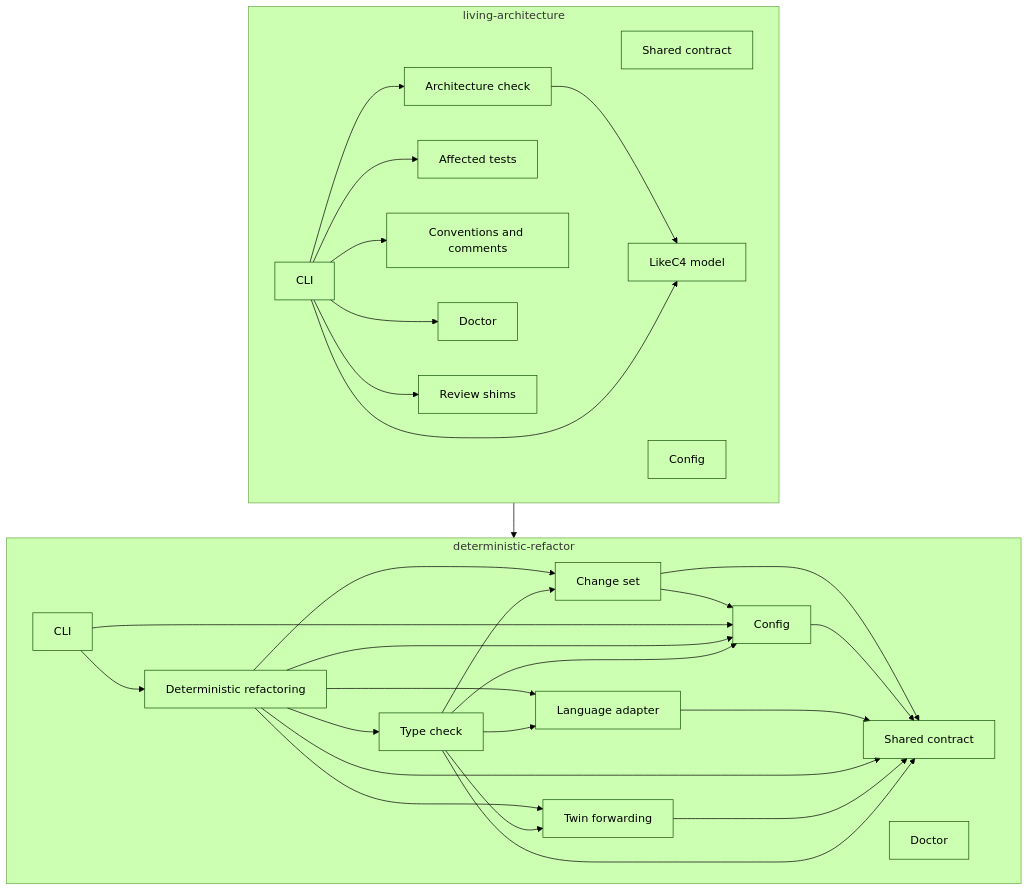
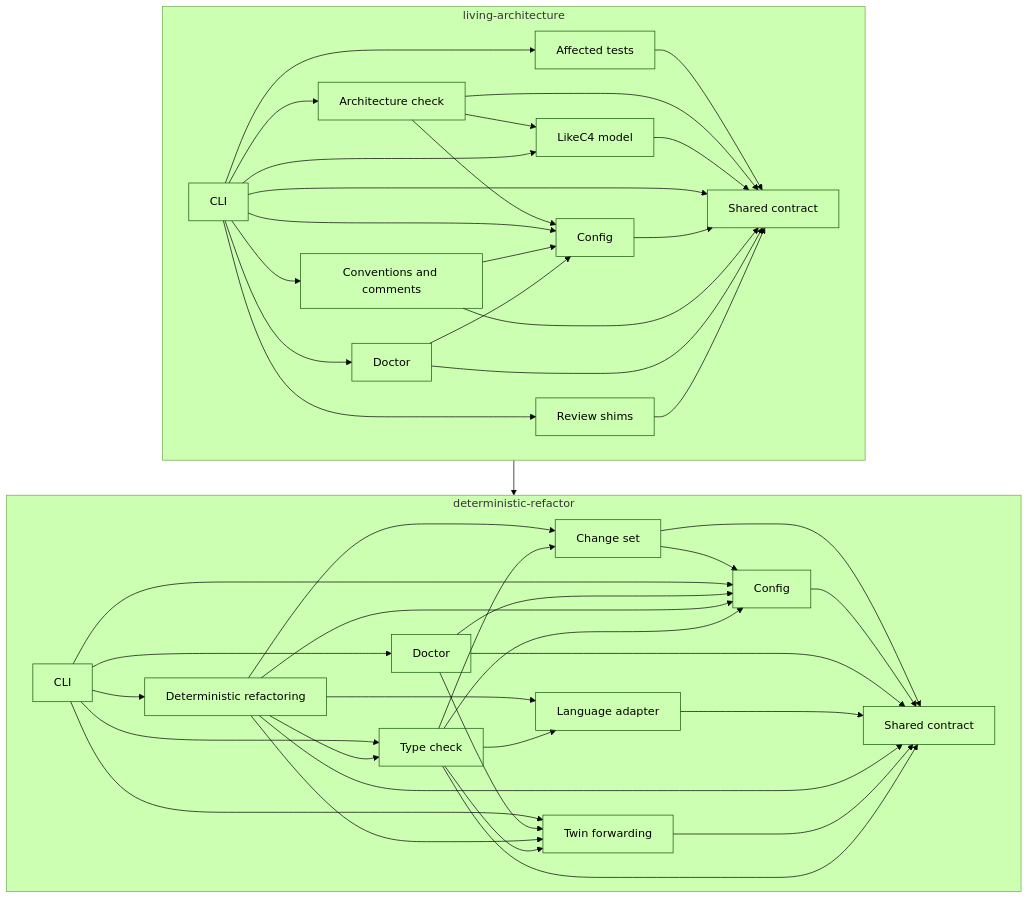
Before and after one commit to MotleyAI/living-architecture: the first of 2 diagrams in architecture/system.arc42.md, drawn with Mermaid (forest theme). The commit also changed other lines of this file and 345 other files, not shown here.

````diff
--- a/architecture/system.arc42.md
+++ b/architecture/system.arc42.md
@@ -15,54 +15,72 @@
 ```mermaid
 flowchart TD
   %% system: Living-architecture commands
   subgraph dr["deterministic-refactor"]
     dr__contract["Shared contract"]
     dr__config["Config"]
     dr__lang["Language adapter"]
     dr__twin["Twin forwarding"]
     dr__changes["Change set"]
     dr__typecheck["Type check"]
     dr__refactor["Deterministic refactoring"]
     dr__doctor["Doctor"]
     dr__cli["CLI"]
   end
   subgraph la["living-architecture"]
     la__contract["Shared contract"]
     la__config["Config"]
     la__cli["CLI"]
     la__c4["LikeC4 model"]
     la__archcheck["Architecture check"]
     la__conventions["Conventions and comments"]
     la__review["Review shims"]
     la__doctor["Doctor"]
     la__affected["Affected tests"]
   end
   la --> dr
   dr__changes --> dr__config
   dr__changes --> dr__contract
   dr__cli --> dr__config
+  dr__cli --> dr__doctor
   dr__cli --> dr__refactor
+  dr__cli --> dr__twin
+  dr__cli --> dr__typecheck
   dr__config --> dr__contract
+  dr__doctor --> dr__config
+  dr__doctor --> dr__contract
+  dr__doctor --> dr__twin
   dr__lang --> dr__contract
   dr__refactor --> dr__changes
   dr__refactor --> dr__config
   dr__refactor --> dr__contract
   dr__refactor --> dr__lang
   dr__refactor --> dr__twin
   dr__refactor --> dr__typecheck
   dr__twin --> dr__contract
   dr__typecheck --> dr__changes
   dr__typecheck --> dr__config
   dr__typecheck --> dr__contract
   dr__typecheck --> dr__lang
   dr__typecheck --> dr__twin
+  la__affected --> la__contract
   la__archcheck --> la__c4
+  la__archcheck --> la__config
+  la__archcheck --> la__contract
+  la__c4 --> la__contract
   la__cli --> la__affected
   la__cli --> la__archcheck
   la__cli --> la__c4
+  la__cli --> la__config
+  la__cli --> la__contract
   la__cli --> la__conventions
   la__cli --> la__doctor
   la__cli --> la__review
+  la__config --> la__contract
+  la__conventions --> la__config
+  la__conventions --> la__contract
+  la__doctor --> la__config
+  la__doctor --> la__contract
+  la__review --> la__contract
   classDef leaf fill:none;
   class dr__contract,dr__config,dr__lang,dr__twin,dr__changes,dr__typecheck,dr__refactor,dr__doctor,dr__cli,la__contract,la__config,la__cli,la__c4,la__archcheck,la__conventions,la__review,la__doctor,la__affected leaf;
 ```
````
